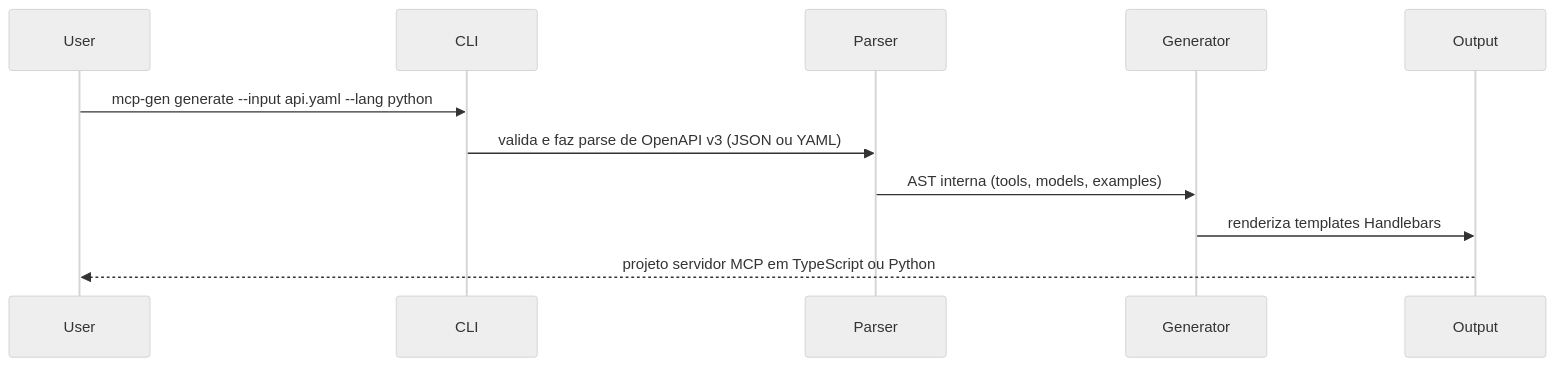
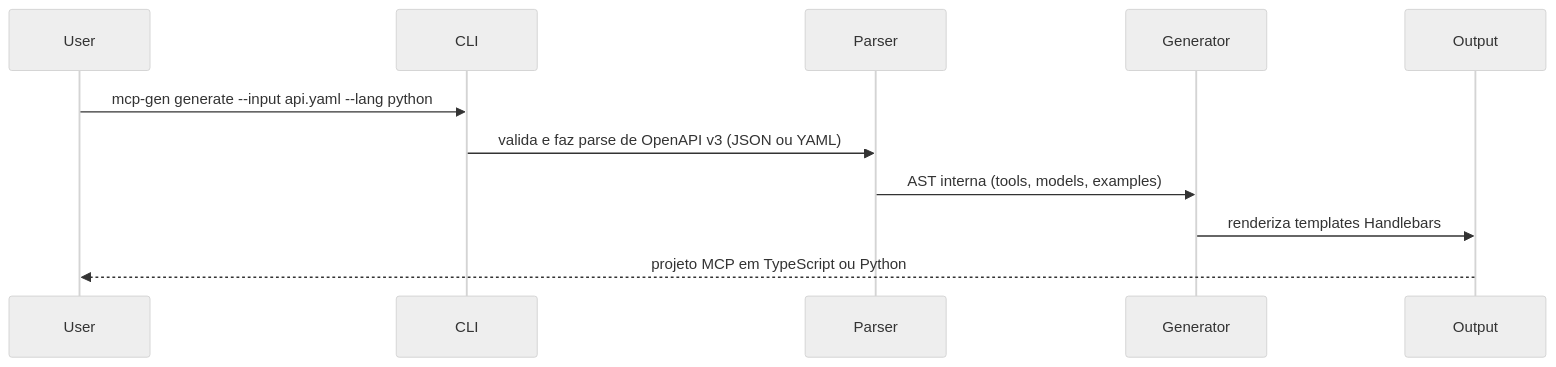
Before and after one commit to ChristopherDond/MCP-Generator: the diagram in README.pt-BR.md, drawn with Mermaid (neutral theme). The commit also changed other lines of this file and 1 other file, not shown here.

````diff
--- a/README.pt-BR.md
+++ b/README.pt-BR.md
@@ -23,14 +34,14 @@
 ```mermaid
 sequenceDiagram
     participant User
     participant CLI
     participant Parser
     participant Generator
     participant Output
 
     User->>CLI: mcp-gen generate --input api.yaml --lang python
     CLI->>Parser: valida e faz parse de OpenAPI v3 (JSON ou YAML)
     Parser->>Generator: AST interna (tools, models, examples)
     Generator->>Output: renderiza templates Handlebars
-    Output-->>User: projeto servidor MCP em TypeScript ou Python
+    Output-->>User: projeto MCP em TypeScript ou Python
 ```
````
